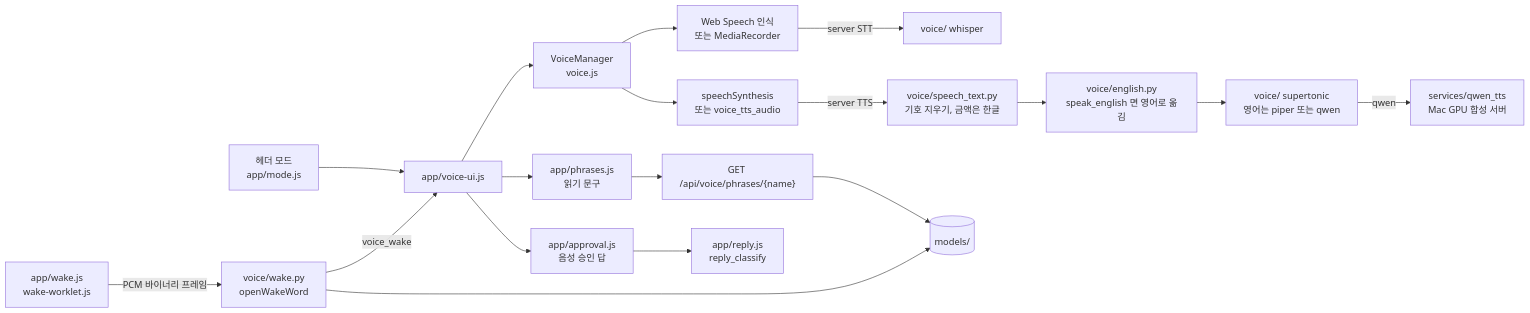
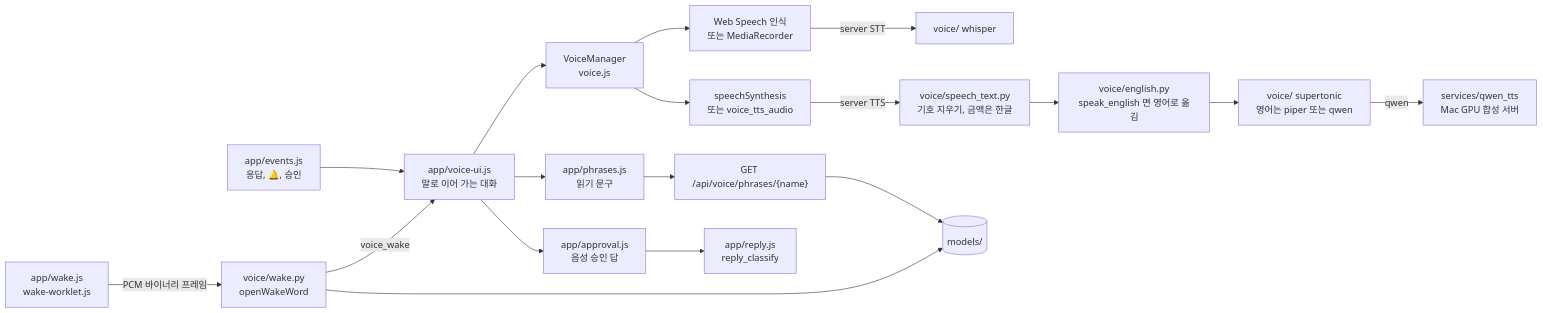
One commit to ash-hun/jarvis-agent changed the fourth of 4 diagrams in website/docs/concepts/conversation/voice.md. Above: the diagram before and after it, drawn with Mermaid. The commit also changed other lines of this file and 41 other files, not shown here.

First line of the commit message:
Feat: HUD 헤더를 이름과 시각 중심으로 정리하고, 음성 모드를 하나로 합치고, FLOW 를 에이전트 지식 그래프로 그린다

````diff
--- a/website/docs/concepts/conversation/voice.md
+++ b/website/docs/concepts/conversation/voice.md
@@ -318,19 +320,19 @@
 ```mermaid
 flowchart LR
-  MODE[헤더 모드<br/>app/mode.js] --> VUI[app/voice-ui.js]
+  EVT[app/events.js<br/>응답, 🔔, 승인] --> VUI[app/voice-ui.js<br/>말로 이어 가는 대화]
   VUI --> VM[VoiceManager<br/>voice.js]
   VM --> SR[Web Speech 인식<br/>또는 MediaRecorder]
   VM --> TTS[speechSynthesis<br/>또는 voice_tts_audio]
   SR -->|server STT| STT[voice/ whisper]
   TTS -->|server TTS| SPT[voice/speech_text.py<br/>기호 지우기, 금액은 한글]
   SPT --> ENG[voice/english.py<br/>speak_english 면 영어로 옮김]
   ENG --> SUP[voice/ supertonic<br/>영어는 piper 또는 qwen]
   SUP -->|qwen| QS[services/qwen_tts<br/>Mac GPU 합성 서버]
   VUI --> APR[app/approval.js<br/>음성 승인 답]
   VUI --> PHR[app/phrases.js<br/>읽기 문구] --> PAPI["GET /api/voice/phrases/{name}"]
   WAKE[app/wake.js<br/>wake-worklet.js] -->|PCM 바이너리 프레임| WD[voice/wake.py<br/>openWakeWord]
   WD -->|voice_wake| VUI
   PAPI --> MD[(models/)]
   WD --> MD
   APR --> RPL[app/reply.js<br/>reply_classify]
 ```
````
